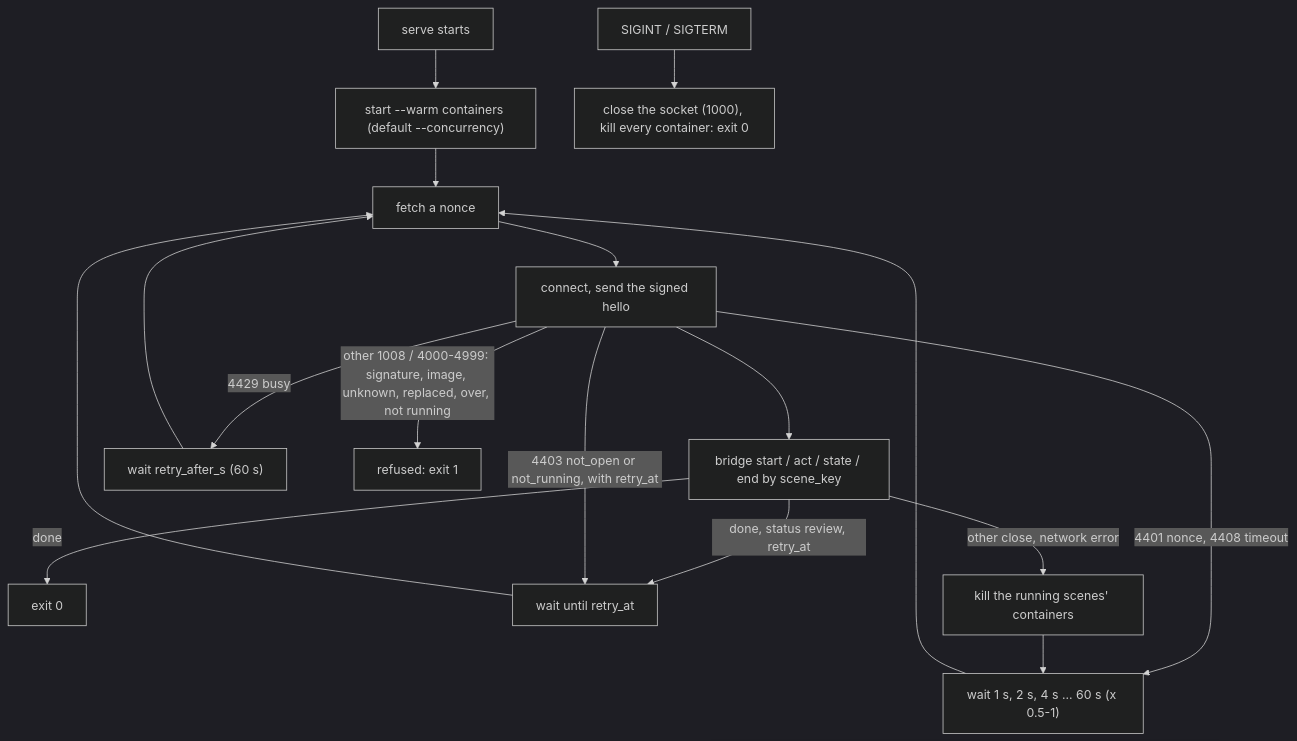
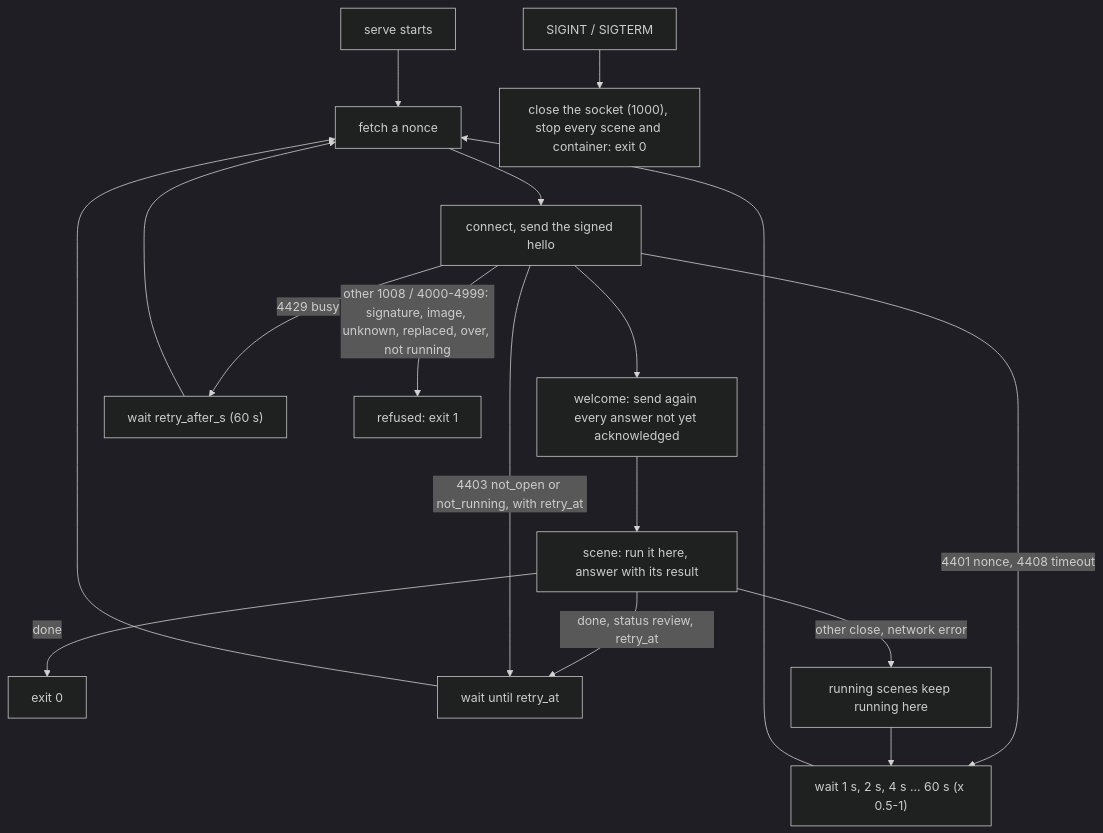
One commit to robotensor/vector-miner changed the third of 4 diagrams in skills/bin-picking/expert/README.md. Above: the diagram before and after it, drawn with Mermaid (dark theme). The commit also changed other lines of this file and 1 other file, not shown here.

````diff
--- a/skills/bin-picking/expert/README.md
+++ b/skills/bin-picking/expert/README.md
@@ -240,19 +283,19 @@
 ```mermaid
 flowchart TD
-  ST["serve starts"] --> W["start --warm containers (default --concurrency)"]
-  W --> N["fetch a nonce"]
+  ST["serve starts"] --> N["fetch a nonce"]
   N --> H["connect, send the signed hello"]
-  H --> L["bridge start / act / state / end by scene_key"]
+  H --> W["welcome: send again every answer not yet acknowledged"]
+  W --> L["scene: run it here, answer with its result"]
   L -->|"done"| X["exit 0"]
   L -->|"done, status review, retry_at"| RA["wait until retry_at"]
   RA --> N
   H -->|"4429 busy"| BW["wait retry_after_s (60 s)"]
   BW --> N
   H -->|"4403 not_open or not_running, with retry_at"| RA
   H -->|"4401 nonce, 4408 timeout"| B
   H -->|"other 1008 / 4000-4999: signature, image, unknown, replaced, over, not running"| RF["refused: exit 1"]
-  L -->|"other close, network error"| K["kill the running scenes' containers"]
+  L -->|"other close, network error"| K["running scenes keep running here"]
   K --> B["wait 1 s, 2 s, 4 s ... 60 s (x 0.5-1)"]
   B --> N
-  SIG["SIGINT / SIGTERM"] --> CL["close the socket (1000), kill every container: exit 0"]
+  SIG["SIGINT / SIGTERM"] --> CL["close the socket (1000), stop every scene and container: exit 0"]
 ```
````
